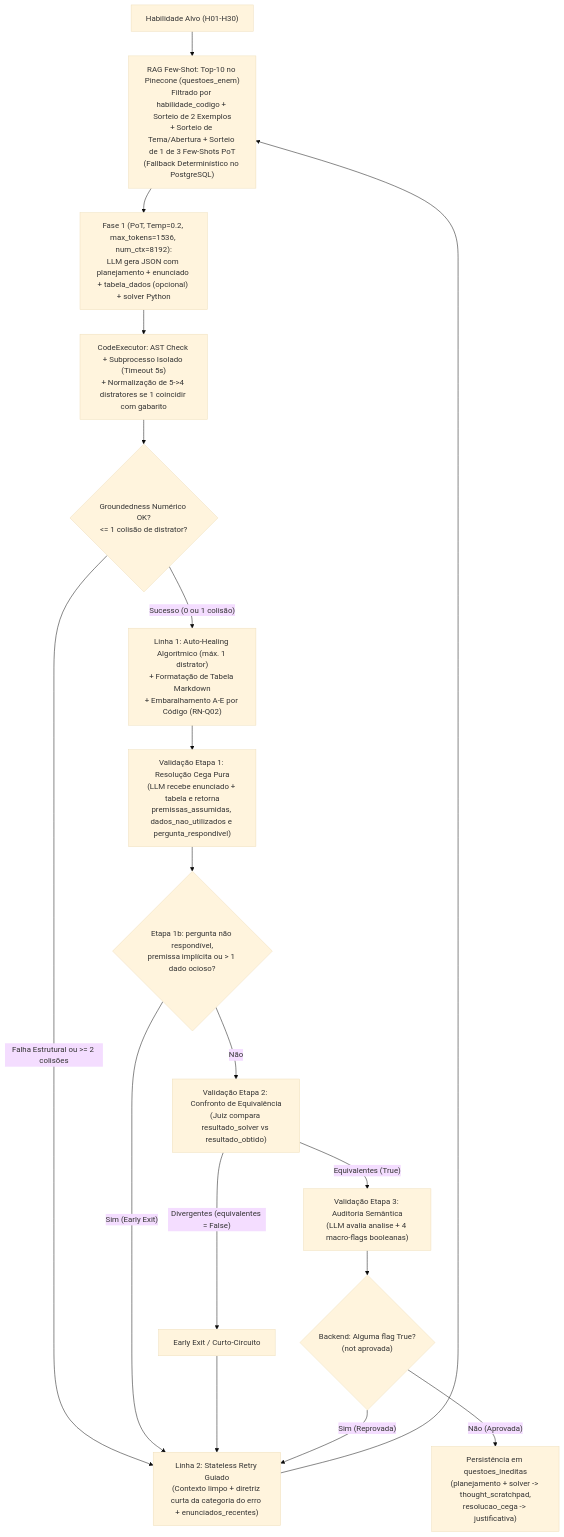
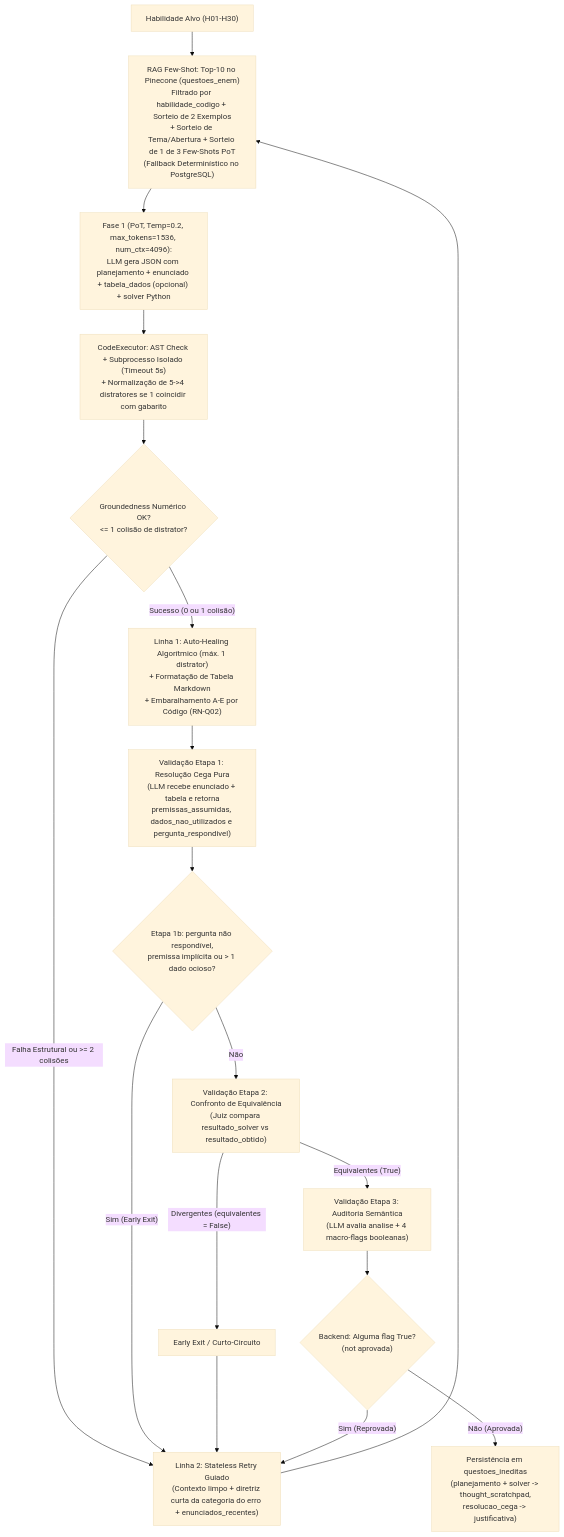
One commit to burnesz/vera changed the diagram in docs/02-dominios-e-fluxos/geracao-questoes-pot.md. Above: the diagram before and after it, drawn with Mermaid (base theme). The commit also changed other lines of this file and 7 other files, not shown here.

````diff
--- a/docs/02-dominios-e-fluxos/geracao-questoes-pot.md
+++ b/docs/02-dominios-e-fluxos/geracao-questoes-pot.md
@@ -28,20 +28,20 @@
 ```mermaid
 flowchart TD
     A["Habilidade Alvo (H01-H30)"] --> B["RAG Few-Shot: Top-10 no Pinecone (questoes_enem)\nFiltrado por habilidade_codigo + Sorteio de 2 Exemplos\n+ Sorteio de Tema/Abertura + Sorteio de 1 de 3 Few-Shots PoT\n(Fallback Determinístico no PostgreSQL)"]
-    B --> C["Fase 1 (PoT, Temp=0.2, max_tokens=1536, num_ctx=8192):\nLLM gera JSON com planejamento + enunciado + tabela_dados (opcional) + solver Python"]
+    B --> C["Fase 1 (PoT, Temp=0.2, max_tokens=1536, num_ctx=4096):\nLLM gera JSON com planejamento + enunciado + tabela_dados (opcional) + solver Python"]
     C --> D["CodeExecutor: AST Check + Subprocesso Isolado (Timeout 5s)\n+ Normalização de 5->4 distratores se 1 coincidir com gabarito"]
     D --> E{"Groundedness Numérico OK?\n<= 1 colisão de distrator?"}
     E -- "Falha Estrutural ou >= 2 colisões" --> F["Linha 2: Stateless Retry Guiado\n(Contexto limpo + diretriz curta da categoria do erro + enunciados_recentes)"]
     F --> B
     E -- "Sucesso (0 ou 1 colisão)" --> G["Linha 1: Auto-Healing Algorítmico (máx. 1 distrator)\n+ Formatação de Tabela Markdown\n+ Embaralhamento A-E por Código (RN-Q02)"]
     G --> H["Validação Etapa 1: Resolução Cega Pura\n(LLM recebe enunciado + tabela e retorna\npremissas_assumidas, dados_nao_utilizados e pergunta_respondivel)"]
     H --> H2{"Etapa 1b: pergunta não respondível,\npremissa implícita ou > 1 dado ocioso?"}
     H2 -- "Sim (Early Exit)" --> F
     H2 -- "Não" --> I["Validação Etapa 2: Confronto de Equivalência\n(Juiz compara resultado_solver vs resultado_obtido)"]
     I -- "Divergentes (equivalentes = False)" --> J["Early Exit / Curto-Circuito"]
     J --> F
     I -- "Equivalentes (True)" --> K["Validação Etapa 3: Auditoria Semântica\n(LLM avalia analise + 4 macro-flags booleanas)"]
     K --> L{"Backend: Alguma flag True?\n(not aprovada)"}
     L -- "Sim (Reprovada)" --> F
     L -- "Não (Aprovada)" --> M["Persistência em questoes_ineditas\n(planejamento + solver -> thought_scratchpad,\nresolucao_cega -> justificativa)"]
 ```
````
